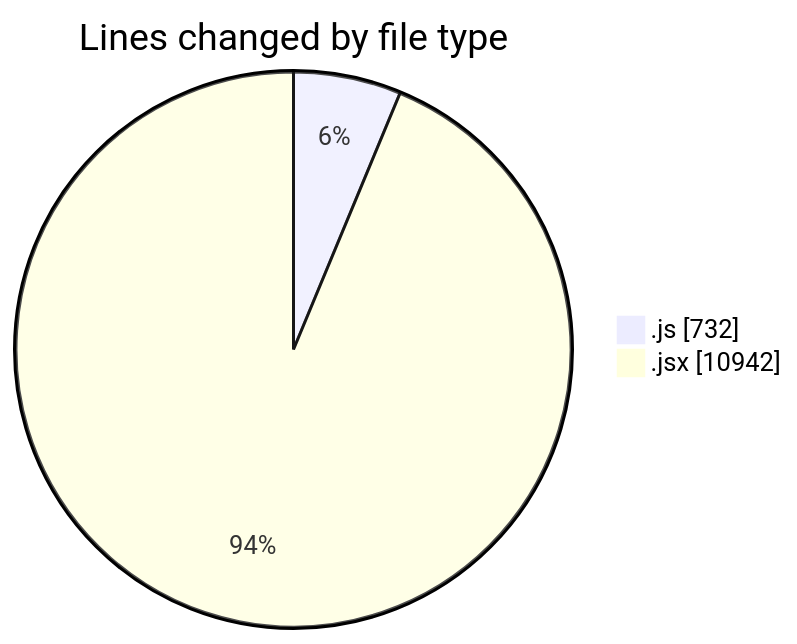
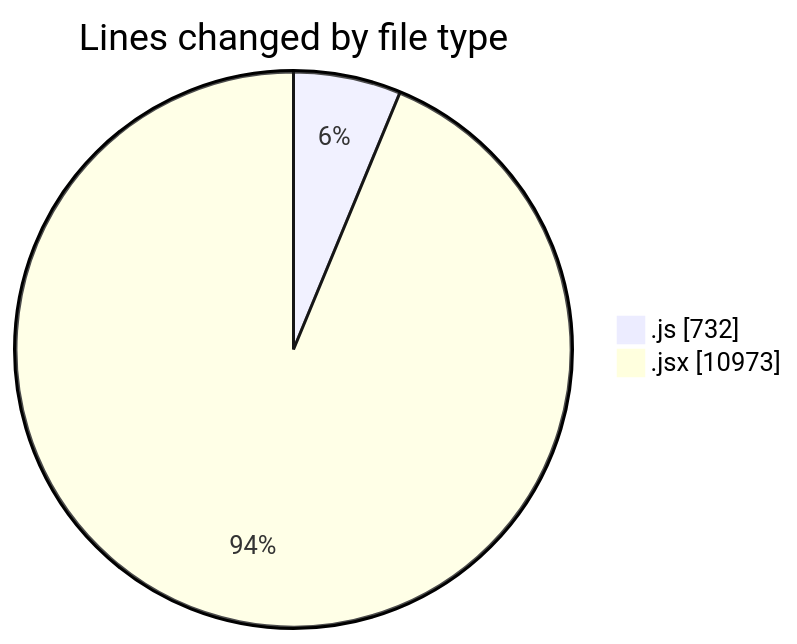
One commit to nxtqubesakshisongat/code-tracking changed the first of 2 diagrams in 2025-07-28/nxtqube_webapp/README.md. Above: the diagram before and after it, drawn with Mermaid. The commit also changed other lines of this file and 1 other file, not shown here.

````diff
--- a/2025-07-28/nxtqube_webapp/README.md
+++ b/2025-07-28/nxtqube_webapp/README.md
@@ -47,6 +47,6 @@
 ```mermaid
 pie showData
 title Lines changed by file type
 ".js" : 732
-".jsx" : 10942
+".jsx" : 10973
 ```
````
